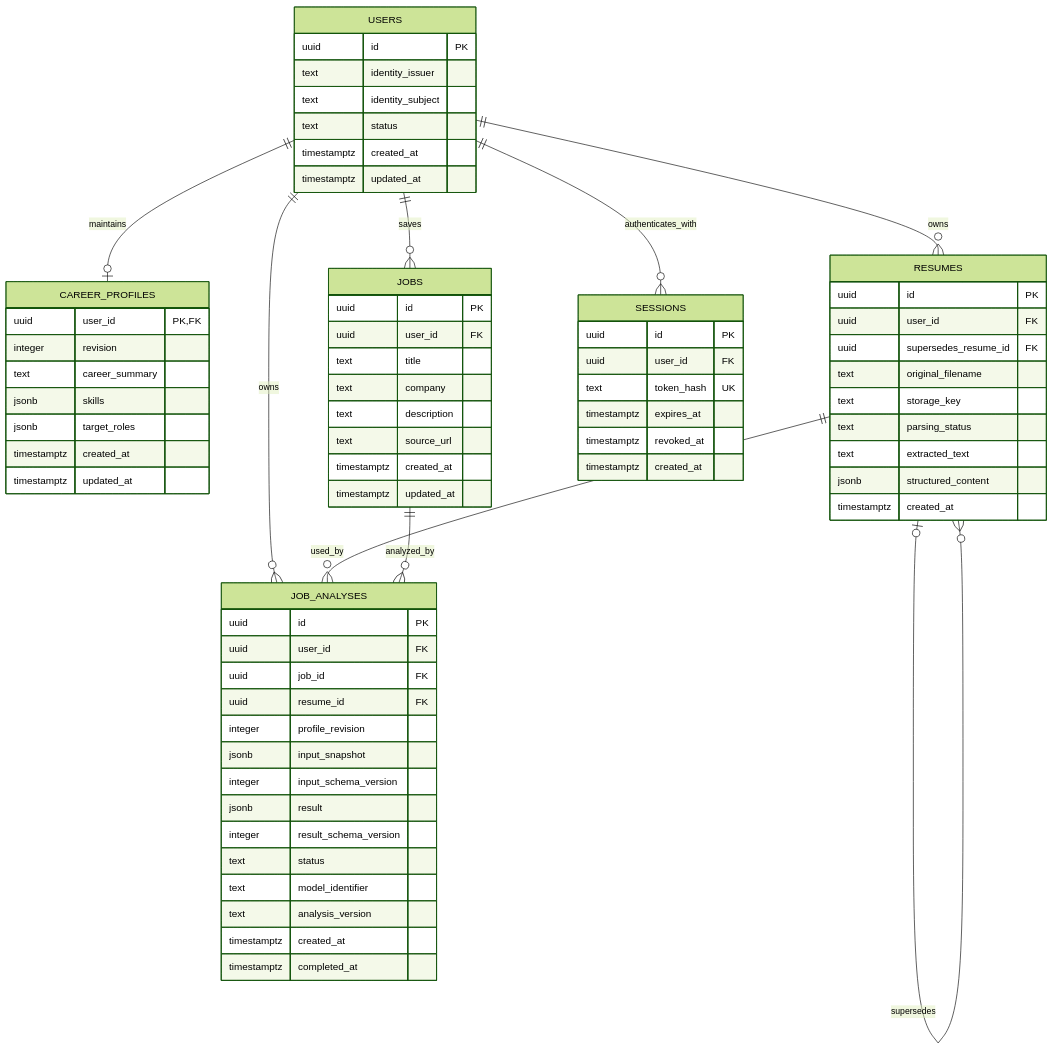
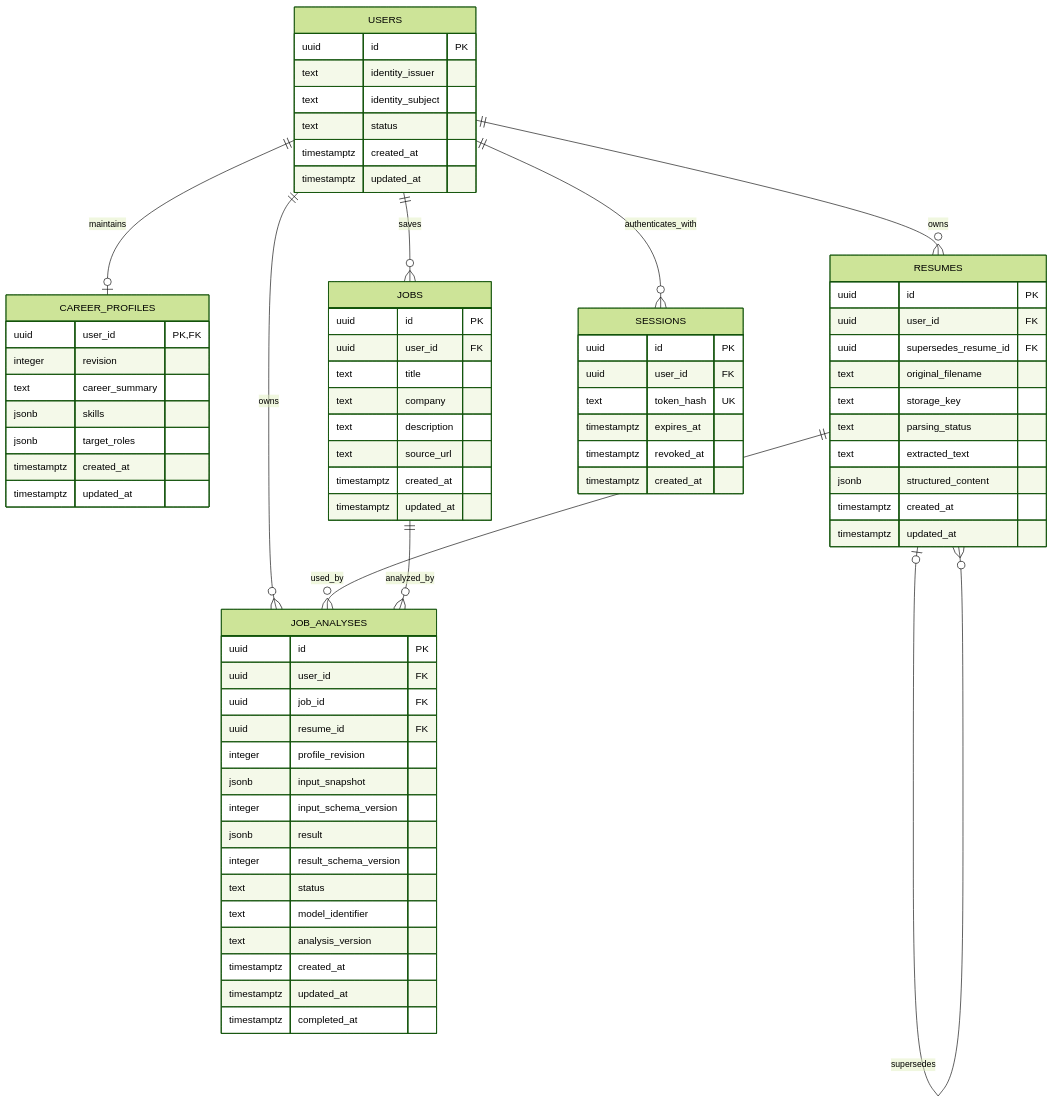
Before and after one commit to Holywrj/agentic-career-copilot: the diagram in docs/architecture.md, drawn with Mermaid (forest theme). The commit also changed other lines of this file and 22 other files, not shown here.

````diff
--- a/docs/architecture.md
+++ b/docs/architecture.md
@@ -96,80 +96,82 @@
 ```mermaid
 erDiagram
     USERS ||--o| CAREER_PROFILES : maintains
     USERS ||--o{ RESUMES : owns
     USERS ||--o{ JOBS : saves
     USERS ||--o{ JOB_ANALYSES : owns
     USERS ||--o{ SESSIONS : authenticates_with
 
     RESUMES o|--o{ RESUMES : supersedes
     RESUMES ||--o{ JOB_ANALYSES : used_by
     JOBS ||--o{ JOB_ANALYSES : analyzed_by
 
     USERS {
         uuid id PK
         text identity_issuer
         text identity_subject
         text status
         timestamptz created_at
         timestamptz updated_at
     }
 
     CAREER_PROFILES {
         uuid user_id PK, FK
         integer revision
         text career_summary
         jsonb skills
         jsonb target_roles
         timestamptz created_at
         timestamptz updated_at
     }
 
     RESUMES {
         uuid id PK
         uuid user_id FK
         uuid supersedes_resume_id FK
         text original_filename
         text storage_key
         text parsing_status
         text extracted_text
         jsonb structured_content
         timestamptz created_at
+        timestamptz updated_at
     }
 
     JOBS {
         uuid id PK
         uuid user_id FK
         text title
         text company
         text description
         text source_url
         timestamptz created_at
         timestamptz updated_at
     }
 
     JOB_ANALYSES {
         uuid id PK
         uuid user_id FK
         uuid job_id FK
         uuid resume_id FK
         integer profile_revision
         jsonb input_snapshot
         integer input_schema_version
         jsonb result
         integer result_schema_version
         text status
         text model_identifier
         text analysis_version
         timestamptz created_at
+        timestamptz updated_at
         timestamptz completed_at
     }
 
     SESSIONS {
         uuid id PK
         uuid user_id FK
         text token_hash UK
         timestamptz expires_at
         timestamptz revoked_at
         timestamptz created_at
     }
 ```
````
